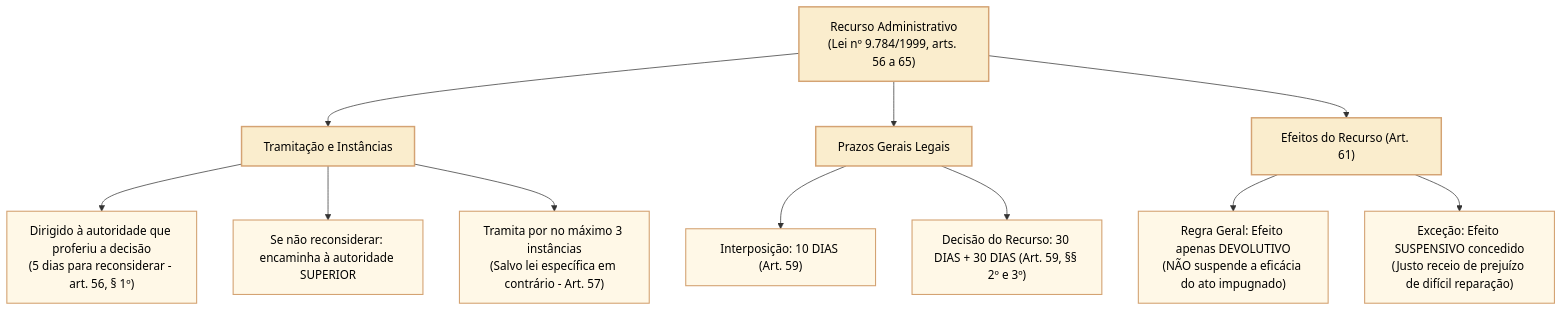
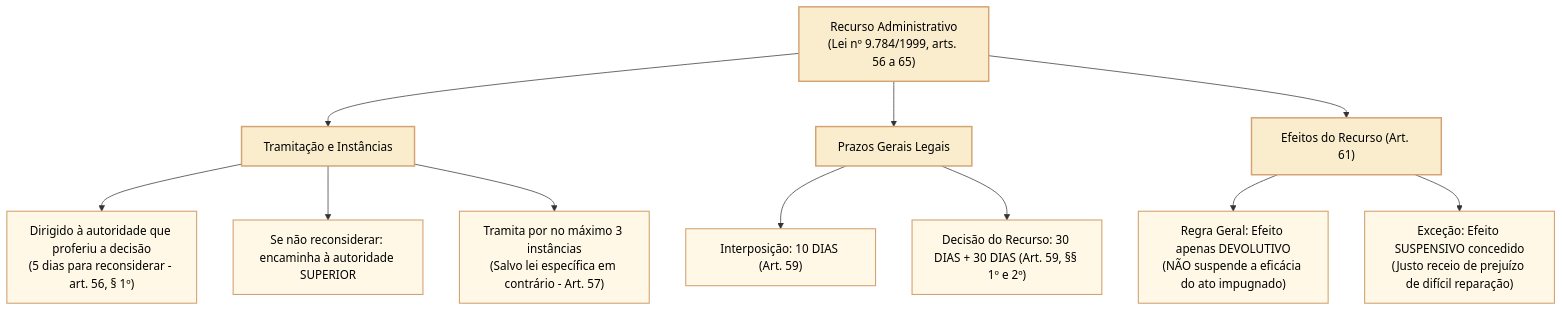
Before and after one commit to leorruas/concursos: the third of 4 diagrams in 3 - Materias/Direito Administrativo/26 - lei 9784 impedimento suspeicao motivacao e recursos.md, drawn with Mermaid. The commit also changed other lines of this file, not shown here.

Commit message:
fix(didatica): corrigir parágrafos do prazo recursal na Lei 9.784

````diff
--- a/3 - Materias/Direito Administrativo/26 - lei 9784 impedimento suspeicao motivacao e recursos.md
+++ b/3 - Materias/Direito Administrativo/26 - lei 9784 impedimento suspeicao motivacao e recursos.md
@@ -129,21 +129,21 @@
 ```mermaid
 flowchart TD
     classDef raiz fill:#faedcd,stroke:#d4a373,stroke-width:2px,color:#000000;
     classDef criterio fill:#faedcd,stroke:#d4a373,stroke-width:2px,color:#000000;
     classDef opcao fill:#fff8e7,stroke:#d4a373,stroke-width:1.5px,color:#000000;
 
     REC["Recurso Administrativo<br>(Lei nº 9.784/1999, arts. 56 a 65)"]:::raiz
     
     REC --> TRAM["Tramitação e Instâncias"]:::criterio
     TRAM --> DIRIG["Dirigido à autoridade que proferiu a decisão<br>(5 dias para reconsiderar - art. 56, § 1º)"]:::opcao
     TRAM --> ENCAM["Se não reconsiderar: encaminha à autoridade SUPERIOR"]:::opcao
     TRAM --> INST["Tramita por no máximo 3 instâncias<br>(Salvo lei específica em contrário - Art. 57)"]:::opcao
     
     REC --> PRAZ["Prazos Gerais Legais"]:::criterio
     PRAZ --> INTERP["Interposição: 10 DIAS (Art. 59)"]:::opcao
-    PRAZ --> JULGA["Decisão do Recurso: 30 DIAS + 30 DIAS (Art. 59, §§ 2º e 3º)"]:::opcao
+    PRAZ --> JULGA["Decisão do Recurso: 30 DIAS + 30 DIAS (Art. 59, §§ 1º e 2º)"]:::opcao
     
     REC --> EFET["Efeitos do Recurso (Art. 61)"]:::raiz
     EFET --> DEVOL["Regra Geral: Efeito apenas DEVOLUTIVO<br>(NÃO suspende a eficácia do ato impugnado)"]:::opcao
     EFET --> SUSPE["Exceção: Efeito SUSPENSIVO concedido<br>(Justo receio de prejuízo de difícil reparação)"]:::opcao
 ```
````
